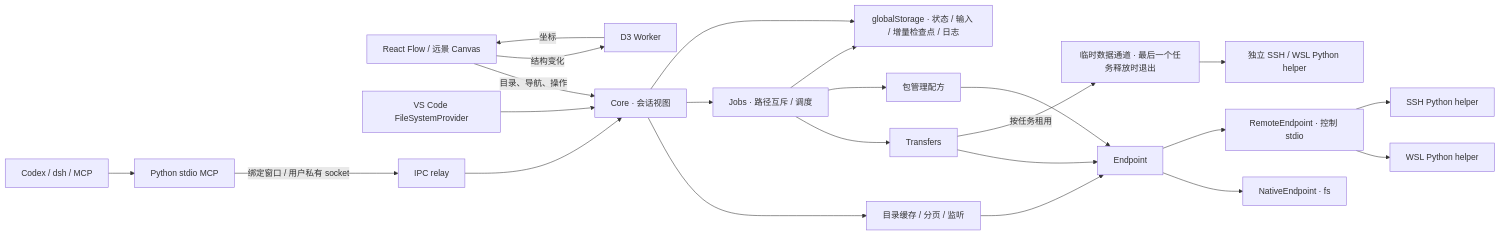
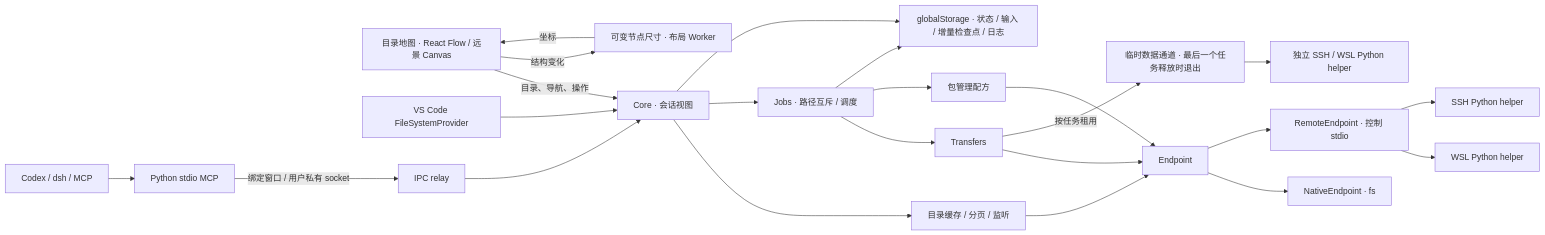
Before and after one commit to jiale-li-orion/Wayfarer: the first of 7 diagrams in ARCHITECTURE.md, drawn with Mermaid. The commit also changed other lines of this file and 36 other files, not shown here.

````diff
--- a/ARCHITECTURE.md
+++ b/ARCHITECTURE.md
@@ -5,25 +5,25 @@
 ```mermaid
 flowchart LR
- UI["React Flow / 远景 Canvas"] -->|目录、导航、操作| CORE["Core · 会话视图"]
- UI -->|结构变化| WORKER["D3 Worker"]
+ UI["目录地图 · React Flow / 远景 Canvas"] -->|目录、导航、操作| CORE["Core · 会话视图"]
+ UI -->|结构变化| WORKER["可变节点尺寸 · 布局 Worker"]
  WORKER -->|坐标| UI
  EDITOR["VS Code FileSystemProvider"] --> CORE
  CLIENT["Codex / dsh / MCP"] --> PROXY["Python stdio MCP"]
  PROXY -->|绑定窗口 / 用户私有 socket| RELAY["IPC relay"]
  RELAY --> CORE
  CORE --> DIR["目录缓存 / 分页 / 监听"]
  CORE --> JOB["Jobs · 路径互斥 / 调度"]
  JOB --> TRANSFER["Transfers"]
  JOB --> PKG["包管理配方"]
  DIR --> EP["Endpoint"]
  TRANSFER --> EP
  PKG --> EP
  EP --> WIN["NativeEndpoint · fs"]
  EP --> RPC["RemoteEndpoint · 控制 stdio"]
  RPC --> WSL["WSL Python helper"]
  RPC --> SSH["SSH Python helper"]
  TRANSFER -->|按任务租用| DATA["临时数据通道 · 最后一个任务释放时退出"]
  DATA --> BULK["独立 SSH / WSL Python helper"]
  JOB --> STORE["globalStorage · 状态 / 输入 / 增量检查点 / 日志"]
  CORE --> STORE
 ```
````
